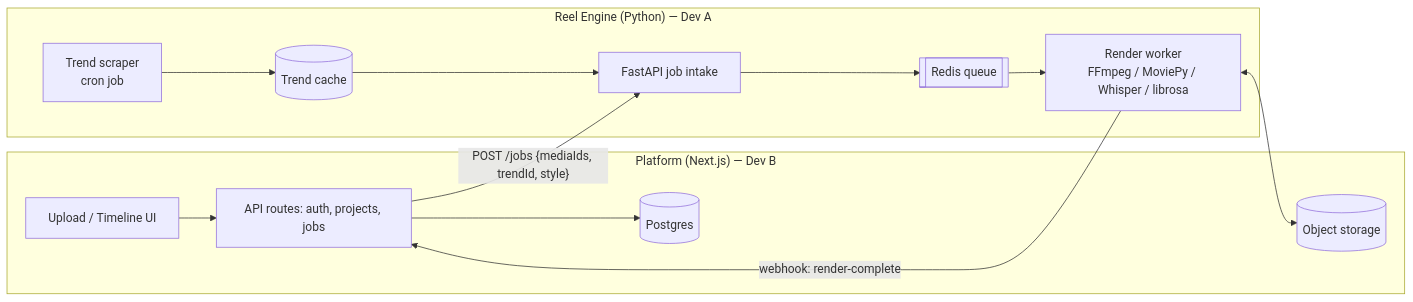
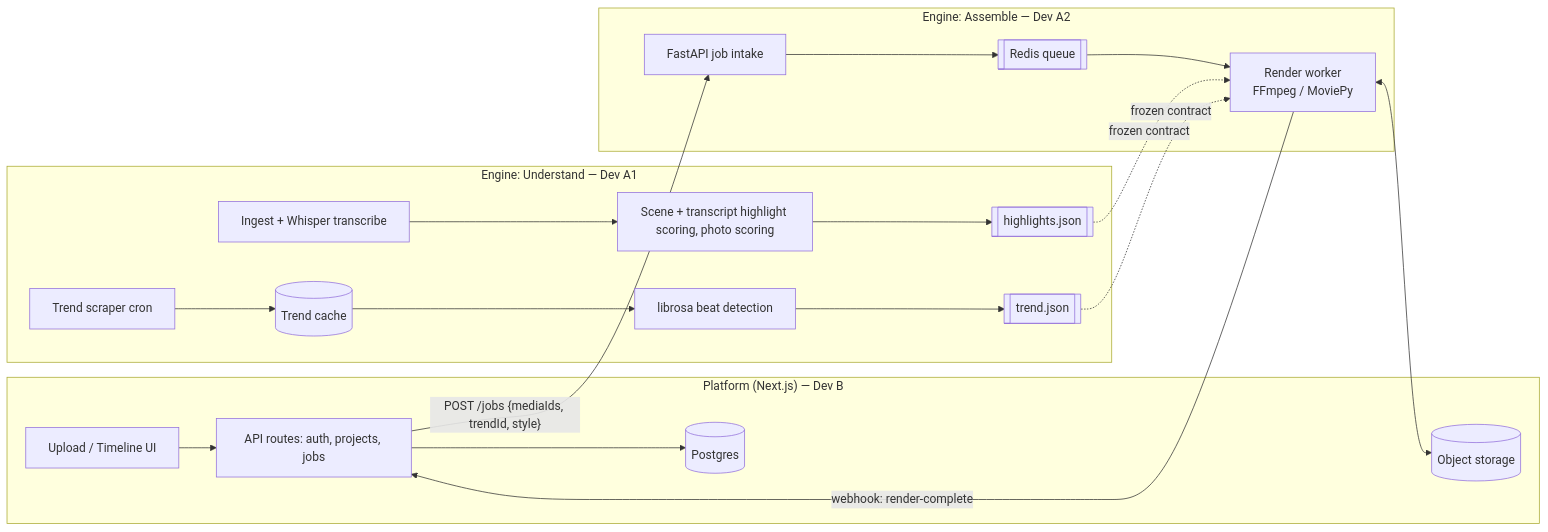
The diagram in docs/README.md (AkashPatra12/AiFun), drawn with Mermaid before and after one commit. The commit also changed other lines of this file and 47 other files, not shown here.

````diff
--- a/docs/README.md
+++ b/docs/README.md
@@ -35,24 +36,35 @@
 ```mermaid
 flowchart LR
     subgraph Web["Platform (Next.js) — Dev B"]
         UI[Upload / Timeline UI]
         API[API routes: auth, projects, jobs]
         DB[(Postgres)]
         S3[(Object storage)]
     end
 
-    subgraph Engine["Reel Engine (Python) — Dev A"]
+    subgraph EngineA1["Engine: Understand — Dev A1"]
+        Ingest[Ingest + Whisper transcribe]
+        Analysis[Scene + transcript highlight scoring, photo scoring]
+        Highlights[[highlights.json]]
+        Trend[Trend scraper cron]
+        TrendCache[(Trend cache)]
+        BeatDetect[librosa beat detection]
+        TrendJson[[trend.json]]
+        Ingest --> Analysis --> Highlights
+        Trend --> TrendCache --> BeatDetect --> TrendJson
+    end
+
+    subgraph EngineA2["Engine: Assemble — Dev A2"]
         Intake[FastAPI job intake]
         Queue[[Redis queue]]
-        Worker[Render worker\nFFmpeg / MoviePy / Whisper / librosa]
-        Trend[Trend scraper\ncron job]
-        TrendCache[(Trend cache)]
+        Worker[Render worker\nFFmpeg / MoviePy]
     end
 
     UI --> API --> DB
     API -- "POST /jobs {mediaIds, trendId, style}" --> Intake
     Intake --> Queue --> Worker
     Worker -- "webhook: render-complete" --> API
     Worker <--> S3
-    Trend --> TrendCache --> Intake
+    Highlights -. frozen contract .-> Worker
+    TrendJson -. frozen contract .-> Worker
 ```
````
